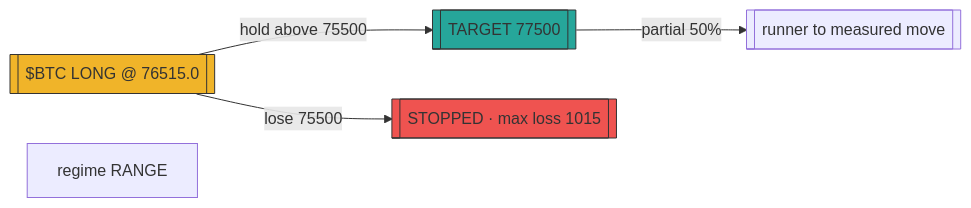
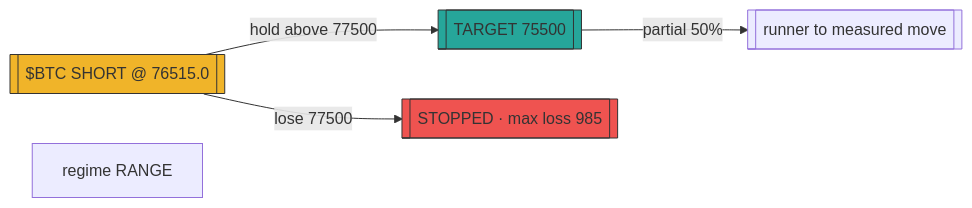
One commit to prx0r/BEAR changed the diagram in astronomer/data/proveout_posts_astronomer_zero/2058550979898077457.mmd. Above: the diagram before and after it, drawn with Mermaid. The commit also changed 586 other files, not shown here.

```diff
--- a/astronomer/data/proveout_posts_astronomer_zero/2058550979898077457.mmd
+++ b/astronomer/data/proveout_posts_astronomer_zero/2058550979898077457.mmd
@@ -1,9 +1,9 @@
 flowchart LR
-    sig[["$BTC LONG @ 76515.0"]]
-    sig -->|"hold above 75500"| tgt[["TARGET 77500"]]
-    sig -->|"lose 75500"| stp[["STOPPED · max loss 1015"]]
+    sig[["$BTC SHORT @ 76515.0"]]
+    sig -->|"hold above 77500"| tgt[["TARGET 75500"]]
+    sig -->|"lose 77500"| stp[["STOPPED · max loss 985"]]
     tgt -->|"partial 50%"| t2[["runner to measured move"]]
     style sig fill:#f0b429,stroke:#333
     style tgt fill:#26a69a,stroke:#333
     style stp fill:#ef5350,stroke:#333
     sub["regime RANGE" ]
```
